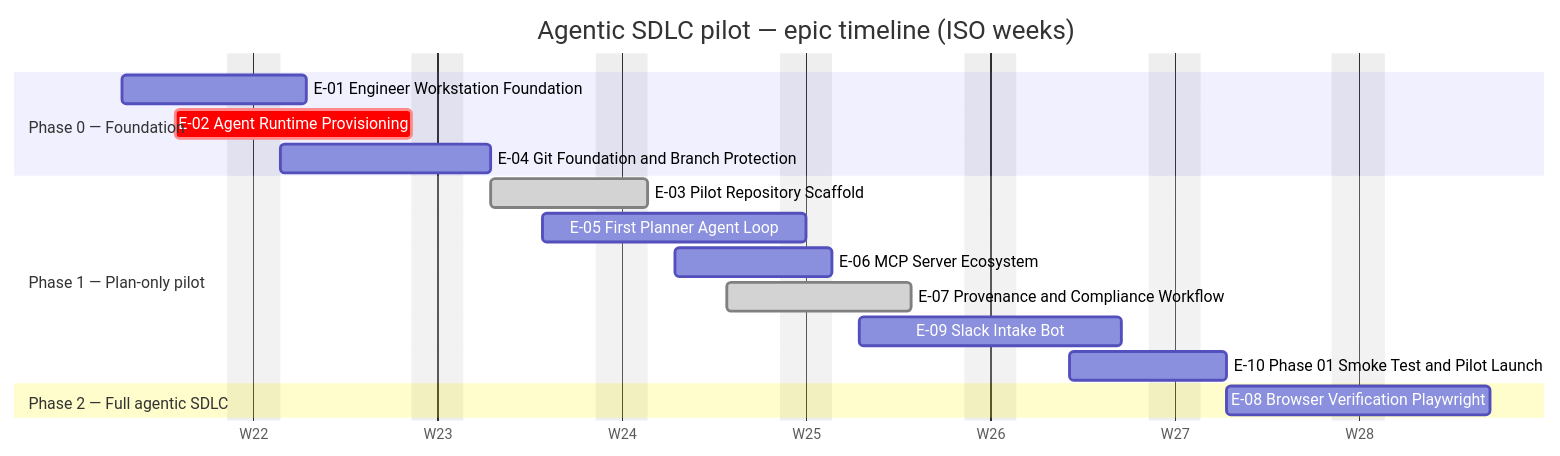
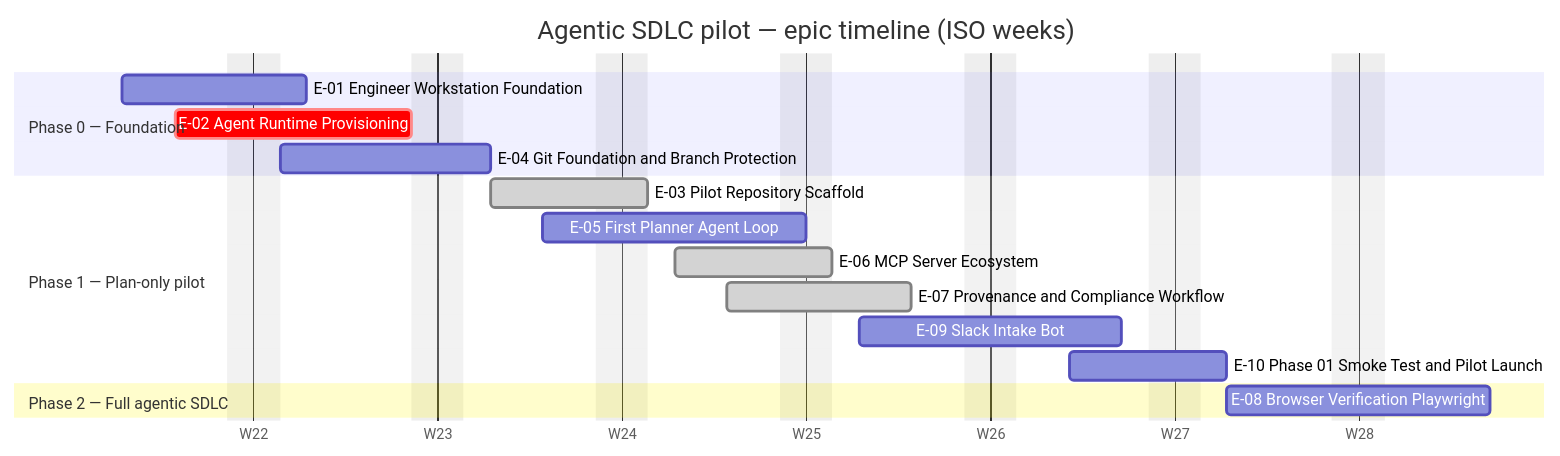
Before and after one commit to carloshumbertoreyesortiz/agentic-sdlc-pilot: the first of 2 diagrams in DASHBOARD.md, drawn with Mermaid. The commit also changed other lines of this file, not shown here.

````diff
--- a/DASHBOARD.md
+++ b/DASHBOARD.md
@@ -27,21 +27,21 @@
 ```mermaid
 gantt
     title Agentic SDLC pilot — epic timeline (ISO weeks)
     dateFormat YYYY-MM-DD
     axisFormat W%V
     excludes weekends
     todayMarker stroke-width:3px,stroke:#d93f0b,opacity:0.7
     section Phase 0 — Foundation
     E-01 Engineer Workstation Foundation :E01, 2026-05-26, 2026-06-02
     E-02 Agent Runtime Provisioning :crit, E02, 2026-05-28, 2026-06-06
     E-04 Git Foundation and Branch Protection :E04, 2026-06-01, 2026-06-09
     section Phase 1 — Plan-only pilot
     E-03 Pilot Repository Scaffold :done, E03, 2026-06-09, 2026-06-15
     E-05 First Planner Agent Loop :E05, 2026-06-11, 2026-06-21
-    E-06 MCP Server Ecosystem :E06, 2026-06-16, 2026-06-22
+    E-06 MCP Server Ecosystem :done, E06, 2026-06-16, 2026-06-22
     E-07 Provenance and Compliance Workflow :done, E07, 2026-06-18, 2026-06-25
     E-09 Slack Intake Bot :E09, 2026-06-23, 2026-07-03
     E-10 Phase 01 Smoke Test and Pilot Launch :E10, 2026-07-01, 2026-07-07
     section Phase 2 — Full agentic SDLC
     E-08 Browser Verification Playwright :E08, 2026-07-07, 2026-07-17
 ```
````
